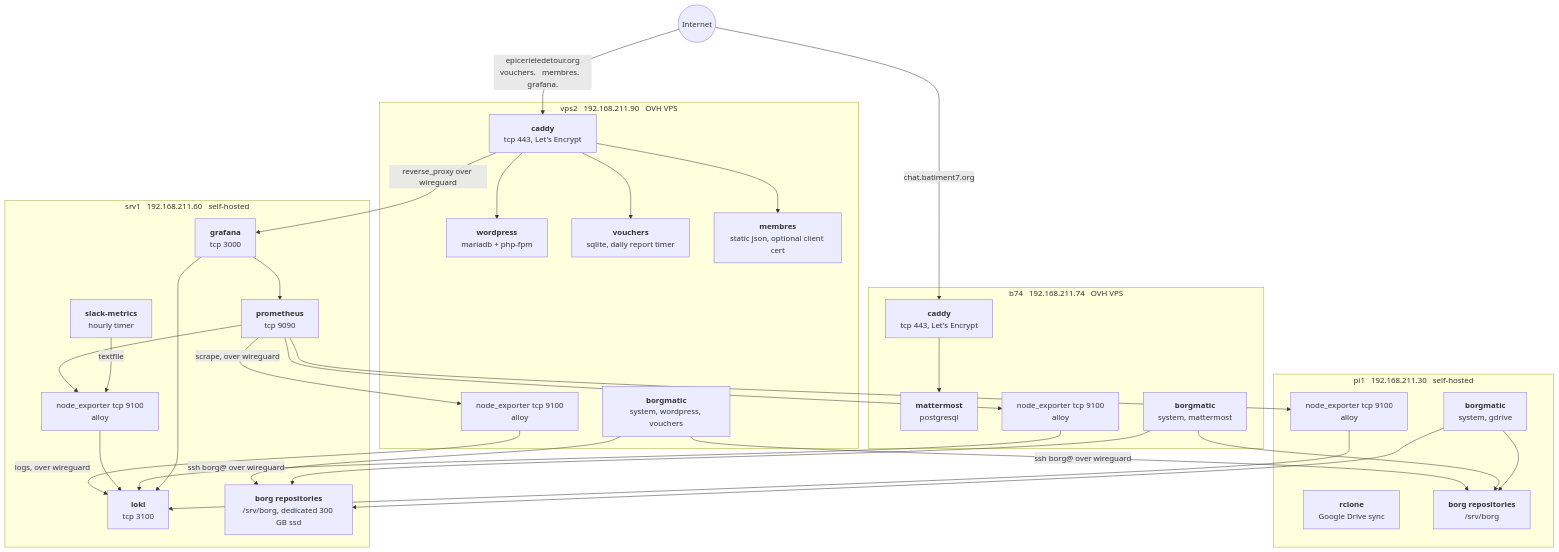
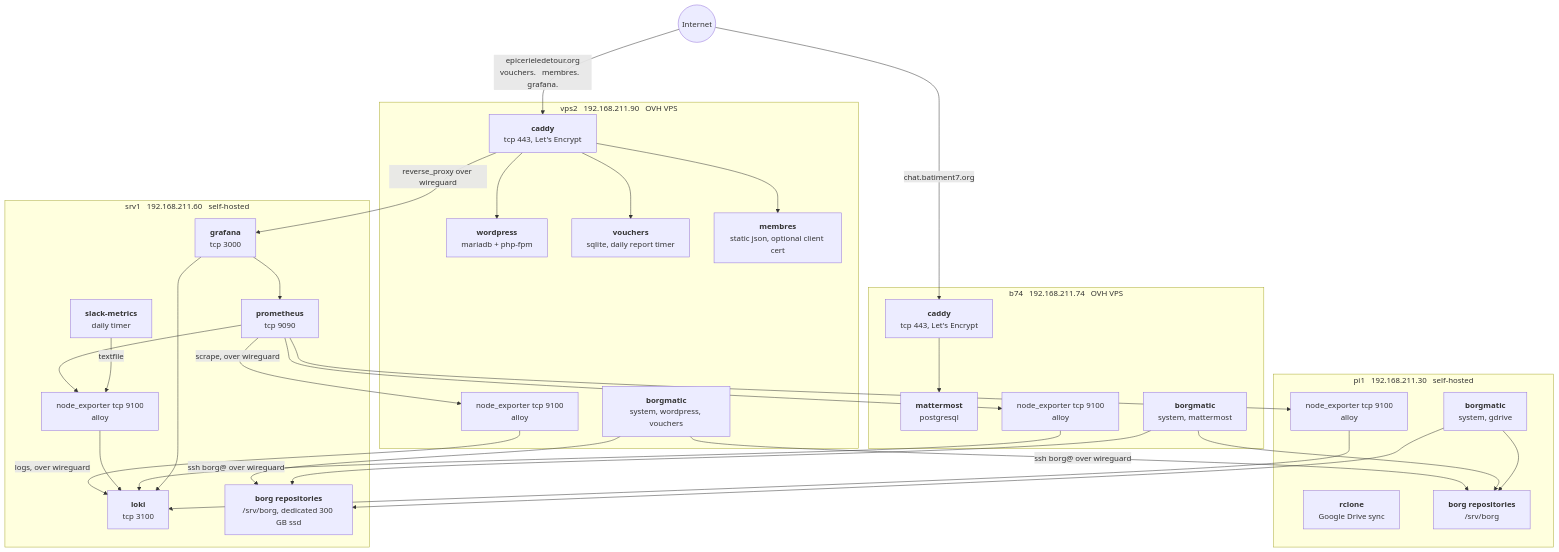
One commit to epicerieledetour/ansible-automation changed the second of 2 diagrams in README.md. Above: the diagram before and after it, drawn with Mermaid. The commit also changed other lines of this file and 4 other files, not shown here.

Commit message:
change timer to daily instead of hourly

````diff
--- a/README.md
+++ b/README.md
@@ -98,64 +98,64 @@
 ```mermaid
 flowchart TB
     internet(("Internet"))
 
     subgraph vps2["vps2 &nbsp; 192.168.211.90 &nbsp; OVH VPS"]
         caddy["<b>caddy</b><br/>tcp 443, Let's Encrypt"]
         wordpress["<b>wordpress</b><br/>mariadb + php-fpm"]
         vouchers["<b>vouchers</b><br/>sqlite, daily report timer"]
         membres["<b>membres</b><br/>static json, optional client cert"]
         borgmatic["<b>borgmatic</b><br/>system, wordpress, vouchers"]
         agents2["node_exporter tcp 9100<br/>alloy"]
     end
 
     subgraph srv1["srv1 &nbsp; 192.168.211.60 &nbsp; self-hosted"]
         grafana["<b>grafana</b><br/>tcp 3000"]
         loki["<b>loki</b><br/>tcp 3100"]
         prometheus["<b>prometheus</b><br/>tcp 9090"]
-        slack["<b>slack-metrics</b><br/>hourly timer"]
+        slack["<b>slack-metrics</b><br/>daily timer"]
         borg["<b>borg repositories</b><br/>/srv/borg, dedicated 300 GB ssd"]
         agents1["node_exporter tcp 9100<br/>alloy"]
     end
 
     subgraph pi1["pi1 &nbsp; 192.168.211.30 &nbsp; self-hosted"]
         rclone["<b>rclone</b><br/>Google Drive sync"]
         borgmaticpi["<b>borgmatic</b><br/>system, gdrive"]
         borgpi["<b>borg repositories</b><br/>/srv/borg"]
         agentspi["node_exporter tcp 9100<br/>alloy"]
     end
 
     subgraph b74["b74 &nbsp; 192.168.211.74 &nbsp; OVH VPS"]
         caddyb7["<b>caddy</b><br/>tcp 443, Let's Encrypt"]
         mattermost["<b>mattermost</b><br/>postgresql"]
         borgmaticb7["<b>borgmatic</b><br/>system, mattermost"]
         agentsb7["node_exporter tcp 9100<br/>alloy"]
     end
 
     internet -->|"epicerieledetour.org<br/>vouchers. &nbsp; membres. &nbsp; grafana."| caddy
     internet -->|"chat.batiment7.org"| caddyb7
 
     caddy --> wordpress
     caddy --> vouchers
     caddy --> membres
     caddy -->|"reverse_proxy over wireguard"| grafana
     caddyb7 --> mattermost
 
     borgmatic -->|"ssh borg@ over wireguard"| borg
     borgmatic -->|"ssh borg@ over wireguard"| borgpi
     borgmaticb7 --> borg
     borgmaticb7 --> borgpi
     borgmaticpi --> borg
     borgmaticpi --> borgpi
 
     agents2 -->|"logs, over wireguard"| loki
     agents1 --> loki
     agentspi --> loki
     agentsb7 --> loki
     prometheus -->|"scrape, over wireguard"| agents2
     prometheus --> agents1
     slack -->|"textfile"| agents1
     prometheus --> agentspi
     prometheus --> agentsb7
     grafana --> loki
     grafana --> prometheus
 ```
````
